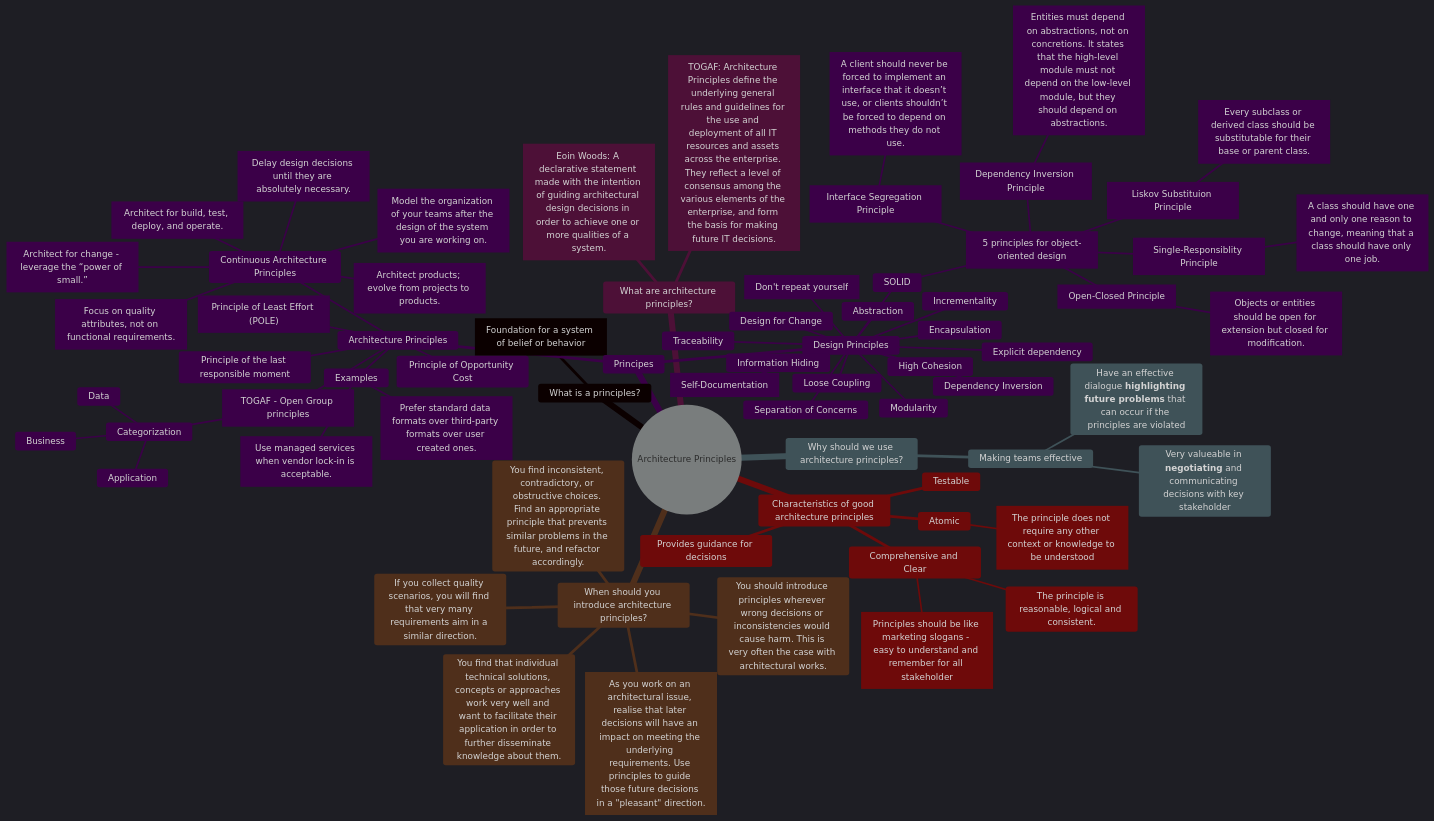
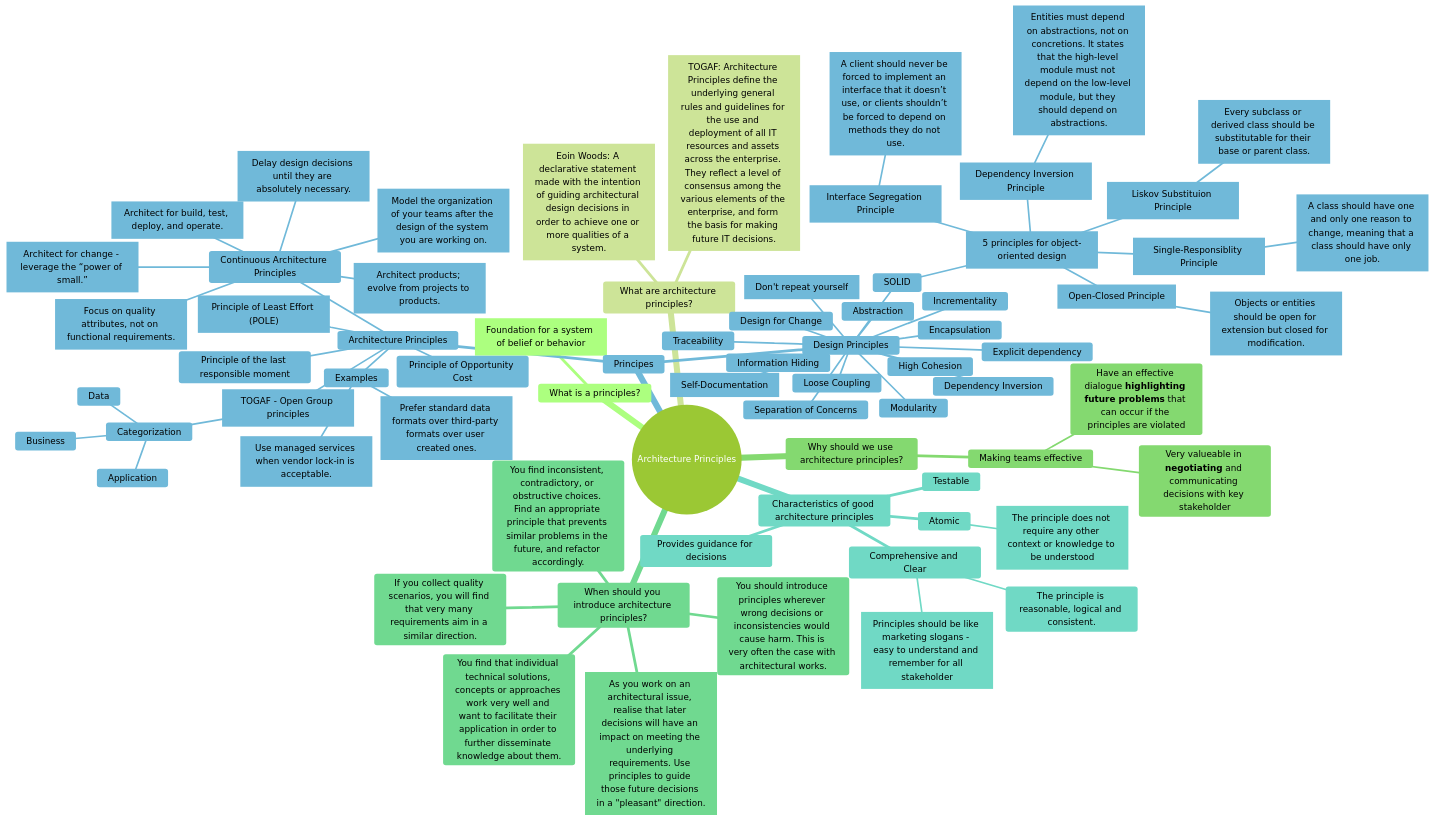
The diagram in README.md (bitsmuggler/software-architecture-principles), drawn with Mermaid before and after one commit.

````diff
--- a/README.md
+++ b/README.md
@@ -5,77 +5,77 @@
 ``` mermaid
 
-%%{init: {'theme': 'dark', "flowchart" : { "curve" : "basis" } } }%%
+%%{init: {'theme': 'forest', "flowchart" : { "curve" : "basis" } } }%%
 
 mindmap
   root((Architecture Principles))
     What is a principles?
         ["Foundation for a system of belief or behavior"]
     What are architecture principles?
         ["Eoin Woods: A declarative statement made with the intention of guiding architectural design decisions in order to achieve one or more qualities of a system."]
         ["TOGAF: Architecture Principles define the underlying general rules and guidelines for the use and deployment of all IT resources and assets across the enterprise. They reflect a level of consensus among the various elements of the enterprise, and form the basis for making future IT decisions."]
     Why should we use architecture principles?
         Making teams effective
             Very valueable in **negotiating** and communicating decisions with key stakeholder
             Have an effective dialogue **highlighting future problems** that can occur if the principles are violated
     When should you introduce architecture principles?
         You should introduce principles wherever wrong decisions or inconsistencies would cause harm. This is very often the case with architectural works.
         You find that individual technical solutions, concepts or approaches work very well and want to facilitate their application in order to further disseminate knowledge about them.
         You find inconsistent, contradictory, or obstructive choices. Find an appropriate principle that prevents similar problems in the future, and refactor accordingly.
         If you collect quality scenarios, you will find that very many requirements aim in a similar direction.
         [As you work on an architectural issue, realise that later decisions will have an impact on meeting the underlying requirements. Use principles to guide those future decisions in a "pleasant" direction.]
     Characteristics of good architecture principles
         Comprehensive and Clear
             The principle is reasonable, logical and consistent.
             ["Principles should be like marketing slogans - easy to understand and remember for all stakeholder"]
         Provides guidance for decisions
         Testable
         Atomic
             ["The principle does not require any other context or knowledge to be understood"]    
     Principes
         Architecture Principles
             ["Principle of Least Effort (POLE)"]
             Principle of Opportunity Cost
             Principle of the last responsible moment
             [TOGAF - Open Group principles]
                 Categorization
                     Business
                     Data
                     Application
             Continuous Architecture Principles
                 [Architect products; evolve from projects to products.]
                 [Focus on quality attributes, not on functional requirements.]
                 [Delay design decisions until they are absolutely necessary.]
                 [Architect for change - leverage the “power of small.”]
                 [Architect for build, test, deploy, and operate.]
                 [Model the organization of your teams after the design of the system you are working on.]
             Examples
                 [Use managed services when vendor lock-in is acceptable.]
                 [Prefer standard data formats over third-party formats over user created ones.]
         Design Principles
             SOLID
                 [5 principles for object-oriented design]
                     [Single-Responsiblity Principle]
                         [A class should have one and only one reason to change, meaning that a class should have only one job.]
                     [Open-Closed Principle]
                         [Objects or entities should be open for extension but closed for modification.]
                     [Liskov Substituion Principle]
                         [Every subclass or derived class should be substitutable for their base or parent class.]
                     [Interface Segregation Principle]
                         [A client should never be forced to implement an interface that it doesn’t use, or clients shouldn’t be forced to depend on methods they do not use.]
                     [Dependency Inversion Principle]
                         [Entities must depend on abstractions, not on concretions. It states that the high-level module must not depend on the low-level module, but they should depend on abstractions.]
             Loose Coupling
             High Cohesion
             Design for Change
             Information Hiding
             Abstraction
             Modularity
             Traceability
             [Self-Documentation]
             Incrementality
             Separation of Concerns
             Encapsulation
             [Don't repeat yourself]
             Dependency Inversion
             Explicit dependency
 ```
````
